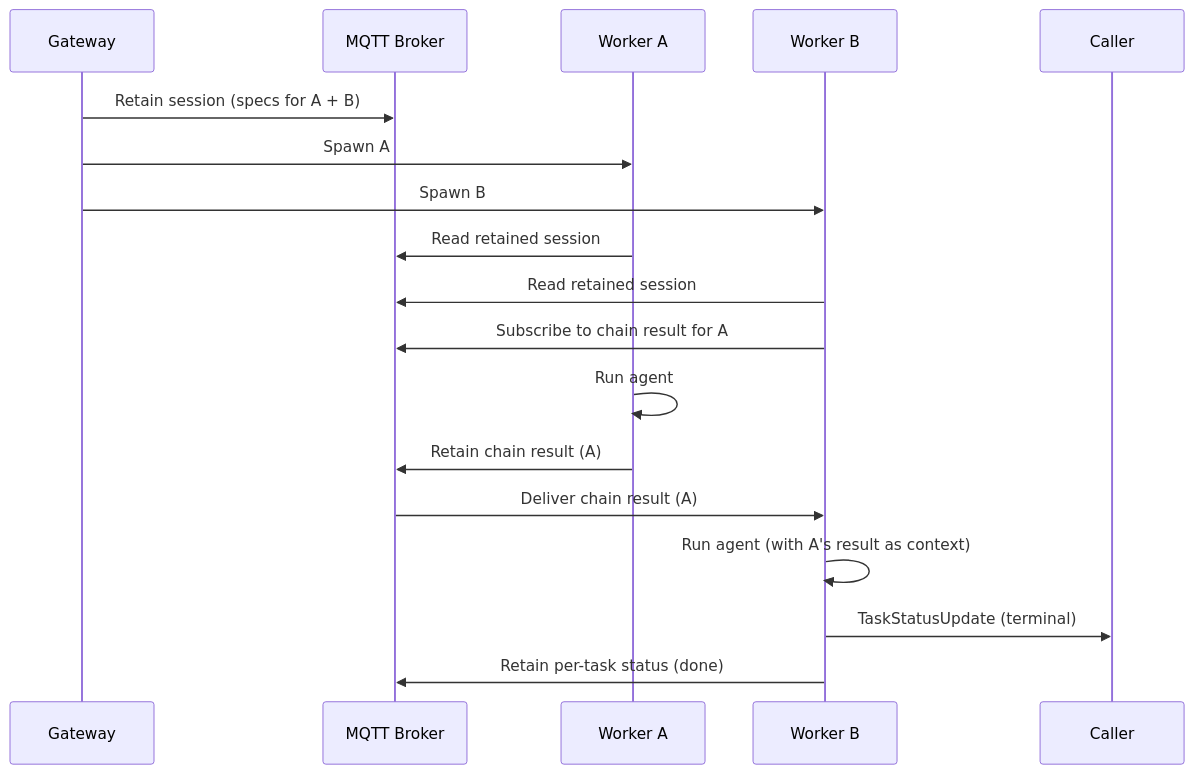
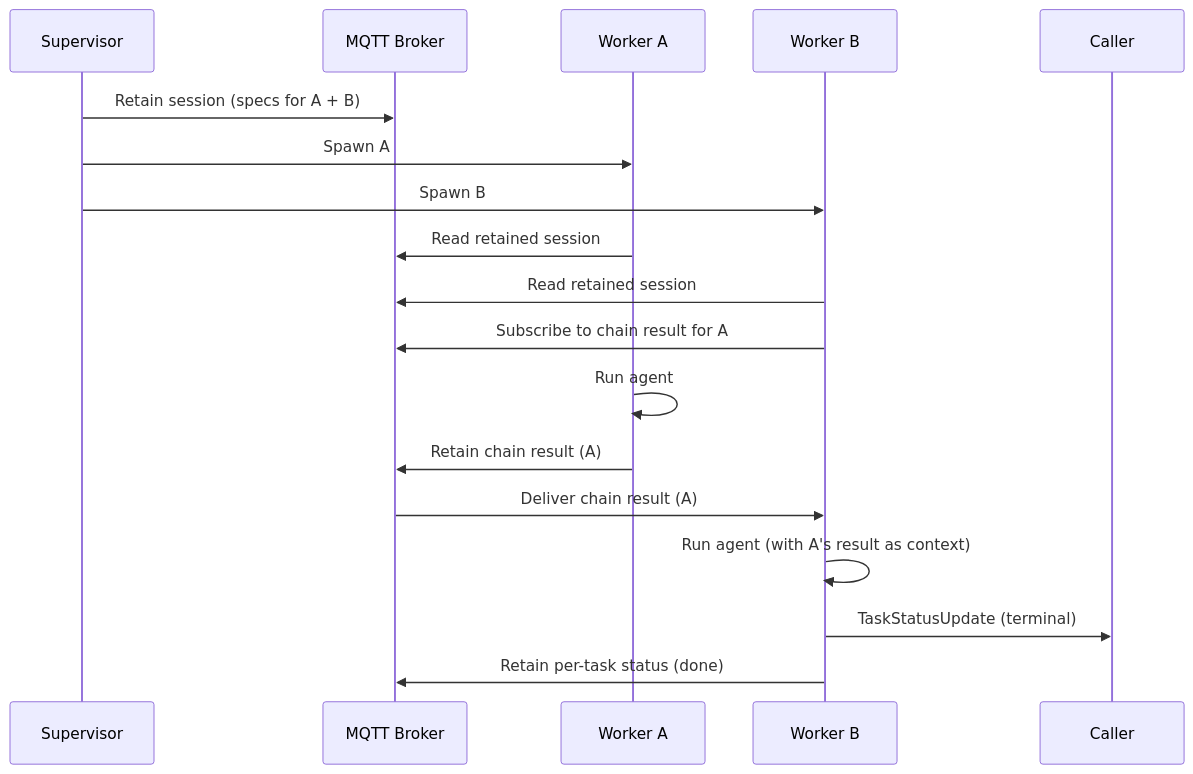
One commit to id/skitter changed the second of 3 diagrams in docs/architecture.md. Above: the diagram before and after it, drawn with Mermaid. The commit also changed other lines of this file and 1 other file, not shown here.

Commit message:
docs: update README.md and docs/architecture.md

````diff
--- a/docs/architecture.md
+++ b/docs/architecture.md
@@ -64,20 +68,20 @@
 ```mermaid
 sequenceDiagram
-    participant G as Gateway
+    participant S as Supervisor
     participant B as MQTT Broker
     participant W1 as Worker A
     participant W2 as Worker B
 
-    G->>B: Retain session (specs for A + B)
-    G->>W1: Spawn A
-    G->>W2: Spawn B
+    S->>B: Retain session (specs for A + B)
+    S->>W1: Spawn A
+    S->>W2: Spawn B
     W1->>B: Read retained session
     W2->>B: Read retained session
     W2->>B: Subscribe to chain result for A
     W1->>W1: Run agent
     W1->>B: Retain chain result (A)
     B->>W2: Deliver chain result (A)
     W2->>W2: Run agent (with A's result as context)
     W2->>Caller: TaskStatusUpdate (terminal)
     W2->>B: Retain per-task status (done)
 ```
````
